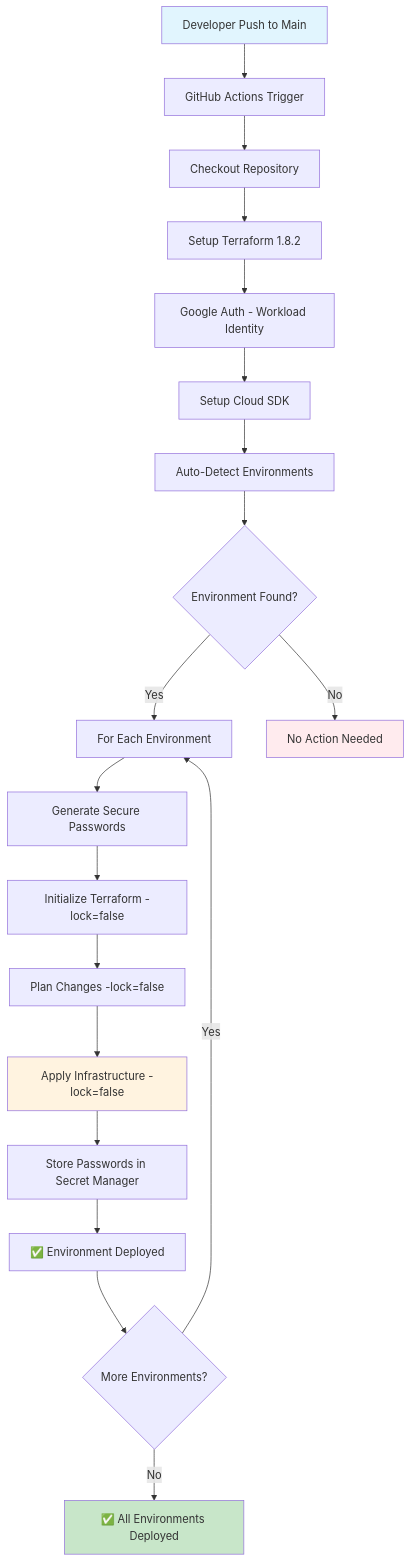
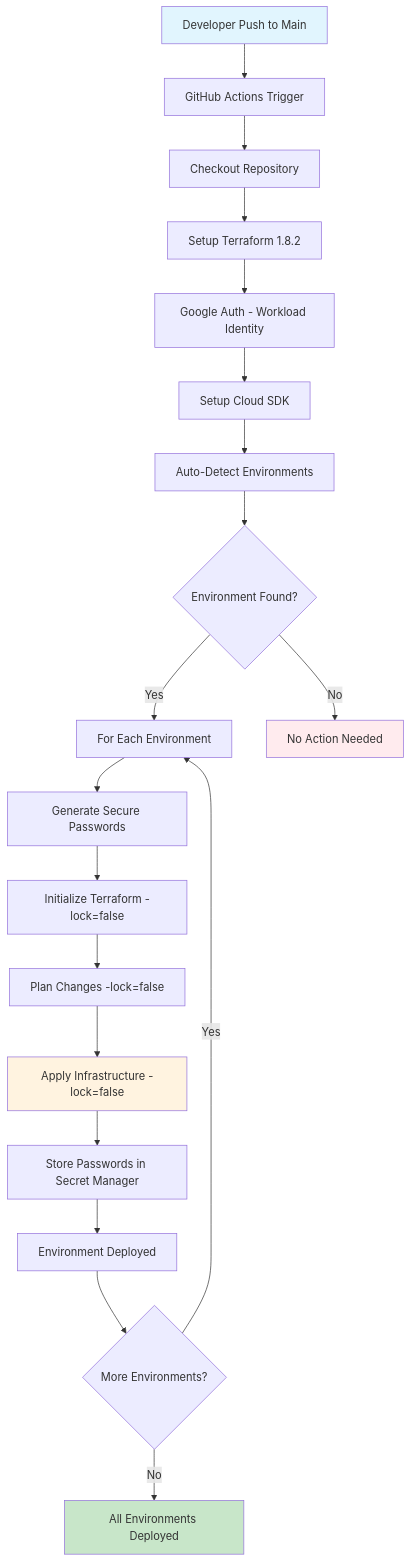
The first of 2 diagrams in WORKFLOW_SUMMARY.md (paraskanwarit/das-l4-infra-np), drawn with Mermaid before and after one commit. The commit also changed other lines of this file and 10 other files, not shown here.

````diff
--- a/WORKFLOW_SUMMARY.md
+++ b/WORKFLOW_SUMMARY.md
@@ -29,26 +29,26 @@
 ```mermaid
 graph TD
     A[Developer Push to Main] --> B[GitHub Actions Trigger]
     B --> C[Checkout Repository]
     C --> D[Setup Terraform 1.8.2]
     D --> E[Google Auth - Workload Identity]
     E --> F[Setup Cloud SDK]
     F --> G[Auto-Detect Environments]
     G --> H{Environment Found?}
     H -->|Yes| I[For Each Environment]
     H -->|No| Z[No Action Needed]
     I --> J[Generate Secure Passwords]
     J --> K[Initialize Terraform -lock=false]
     K --> L[Plan Changes -lock=false]
     L --> M[Apply Infrastructure -lock=false]
     M --> N[Store Passwords in Secret Manager]
-    N --> O[✅ Environment Deployed]
+    N --> O[ Environment Deployed]
     O --> P{More Environments?}
     P -->|Yes| I
-    P -->|No| Q[✅ All Environments Deployed]
+    P -->|No| Q[ All Environments Deployed]
     
     style A fill:#e1f5fe
     style Q fill:#c8e6c9
     style M fill:#fff3e0
     style Z fill:#ffebee
 ```
````
